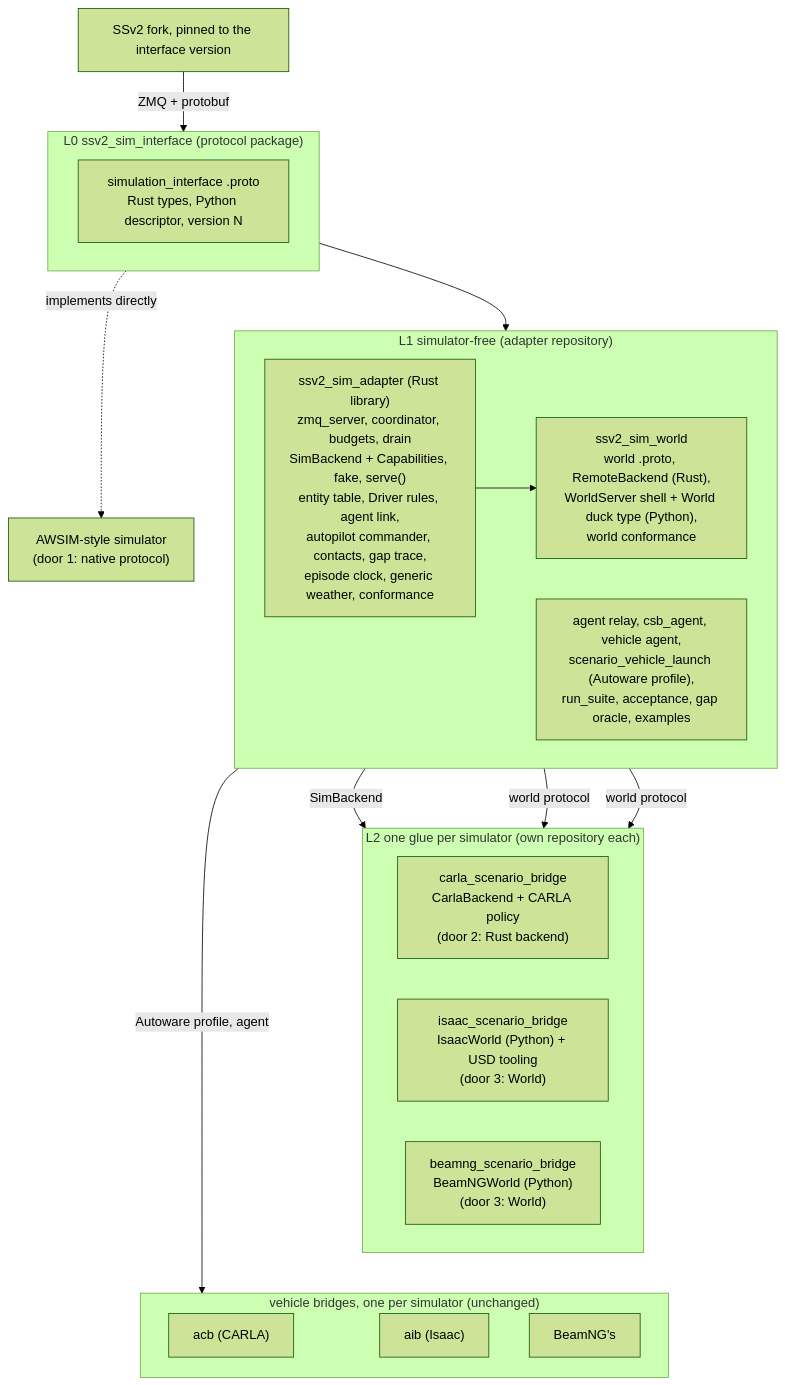
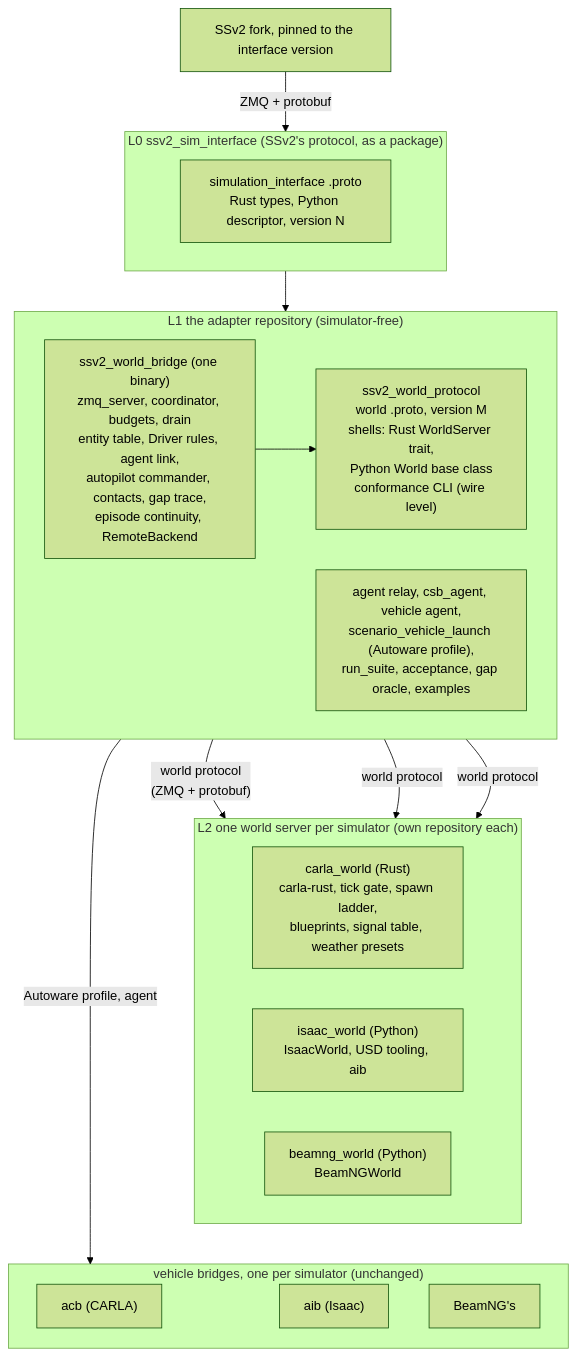
One commit to NEWSLabNTU/carla-scenario-bridge changed the second of 4 diagrams in docs/design/simulator-interface-split.md. Above: the diagram before and after it, drawn with Mermaid (forest theme). The commit also changed other lines of this file, not shown here.

First line of the commit message:
docs(design): one way in -- every simulator is a world server

````diff
--- a/docs/design/simulator-interface-split.md
+++ b/docs/design/simulator-interface-split.md
@@ -250,36 +272,34 @@
 ```mermaid
 flowchart TB
     SSv2["SSv2 fork, pinned to the interface version"]
-    subgraph L0["L0  ssv2_sim_interface  (protocol package)"]
+    subgraph L0["L0  ssv2_sim_interface  (SSv2's protocol, as a package)"]
         proto["simulation_interface .proto<br/>Rust types, Python descriptor, version N"]
     end
-    subgraph L1["L1  simulator-free (adapter repository)"]
+    subgraph L1["L1  the adapter repository (simulator-free)"]
         direction LR
-        adapter["ssv2_sim_adapter (Rust library)<br/>zmq_server, coordinator, budgets, drain<br/>SimBackend + Capabilities, fake, serve()<br/>entity table, Driver rules, agent link,<br/>autopilot commander, contacts, gap trace,<br/>episode clock, generic weather, conformance"]
-        world["ssv2_sim_world<br/>world .proto, RemoteBackend (Rust),<br/>WorldServer shell + World duck type (Python),<br/>world conformance"]
+        bridge["ssv2_world_bridge (one binary)<br/>zmq_server, coordinator, budgets, drain<br/>entity table, Driver rules, agent link,<br/>autopilot commander, contacts, gap trace,<br/>episode continuity, RemoteBackend"]
+        wp["ssv2_world_protocol<br/>world .proto, version M<br/>shells: Rust WorldServer trait,<br/>Python World base class<br/>conformance CLI (wire level)"]
         side["agent relay, csb_agent, vehicle agent,<br/>scenario_vehicle_launch (Autoware profile),<br/>run_suite, acceptance, gap oracle, examples"]
-        adapter --> world
+        bridge --> wp
     end
-    subgraph L2["L2  one glue per simulator (own repository each)"]
+    subgraph L2["L2  one world server per simulator (own repository each)"]
         direction LR
-        csb["carla_scenario_bridge<br/>CarlaBackend + CARLA policy<br/>(door 2: Rust backend)"]
-        isb["isaac_scenario_bridge<br/>IsaacWorld (Python) + USD tooling<br/>(door 3: World)"]
-        xsb["beamng_scenario_bridge<br/>BeamNGWorld (Python)<br/>(door 3: World)"]
+        cw["carla_world (Rust)<br/>carla-rust, tick gate, spawn ladder,<br/>blueprints, signal table, weather presets"]
+        iw["isaac_world (Python)<br/>IsaacWorld, USD tooling, aib"]
+        xw["beamng_world (Python)<br/>BeamNGWorld"]
     end
-    AWSIM["AWSIM-style simulator<br/>(door 1: native protocol)"]
     SSv2 -- "ZMQ + protobuf" --> L0
-    L0 --> adapter
-    L0 -. "implements directly" .-> AWSIM
-    adapter -- "SimBackend" --> csb
-    world -- "world protocol" --> isb
-    world -- "world protocol" --> xsb
+    L0 --> bridge
+    wp -- "world protocol<br/>(ZMQ + protobuf)" --> cw
+    wp -- "world protocol" --> iw
+    wp -- "world protocol" --> xw
     subgraph VB["vehicle bridges, one per simulator (unchanged)"]
         acb["acb (CARLA)"]
         aib["aib (Isaac)"]
         vbx["BeamNG's"]
     end
-    csb ~~~ acb
-    isb ~~~ aib
-    xsb ~~~ vbx
+    cw ~~~ acb
+    iw ~~~ aib
+    xw ~~~ vbx
     side -- "Autoware profile, agent" --> VB
 ```
````
